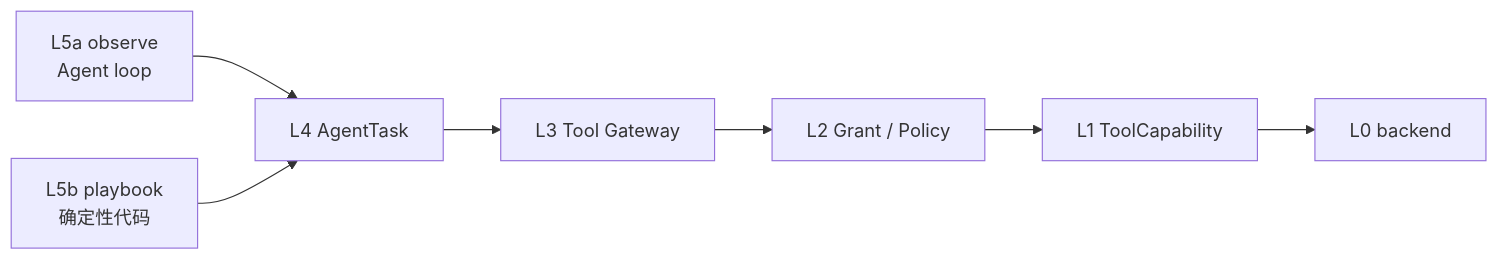
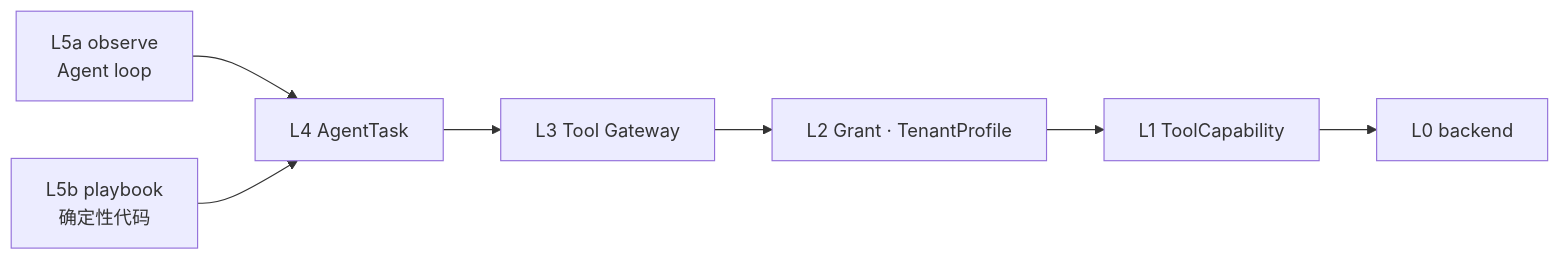
One commit to chengguruchun/idealagent changed the third of 4 diagrams in README.md. Above: the diagram before and after it, drawn with Mermaid. The commit also changed other lines of this file and 31 other files, not shown here.

````diff
--- a/README.md
+++ b/README.md
@@ -185,14 +187,14 @@
 ```mermaid
 flowchart LR
   L5a["L5a observe<br/>Agent loop"]
   L5b["L5b playbook<br/>确定性代码"]
   L4["L4 AgentTask"]
   L3["L3 Tool Gateway"]
-  L2["L2 Grant / Policy"]
+  L2["L2 Grant · TenantProfile"]
   L1["L1 ToolCapability"]
   L0["L0 backend"]
 
   L5a --> L4
   L5b --> L4
   L4 --> L3 --> L2 --> L1 --> L0
 ```
````
